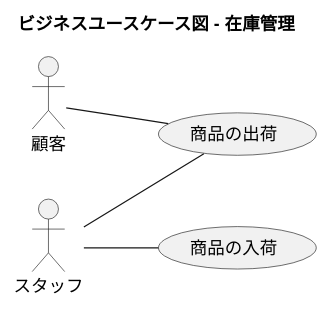
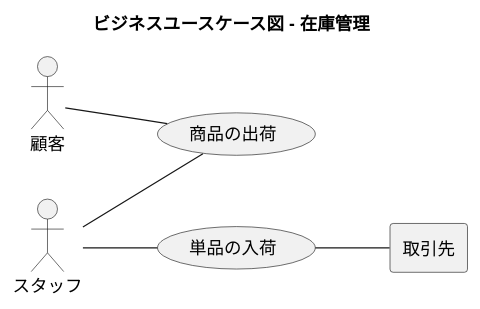
One commit to k2works/application_programing_excercise_2022 changed the seventh of 21 diagrams in docs/index.adoc. Above: the diagram before and after it, drawn with PlantUML. The commit also changed other lines of this file, not shown here.

```diff
--- a/docs/index.adoc
+++ b/docs/index.adoc
@@ -297,20 +290,22 @@
 [plantuml]
 ----
 @startuml
 
 title ビジネスユースケース図 - 在庫管理
 
 left to right direction
 
 actor 顧客 as ac_01
 actor スタッフ as ac_02
+agent 取引先 as ag_01
 
-usecase 商品の入荷 as uc_01
+usecase 単品の入荷 as uc_01
 usecase 商品の出荷 as uc_02
 
 ac_02 -- (uc_01)
 ac_02 -- (uc_02)
 ac_01 -- (uc_02)
+(uc_01) -- ag_01
 
 @enduml
 ----
```
